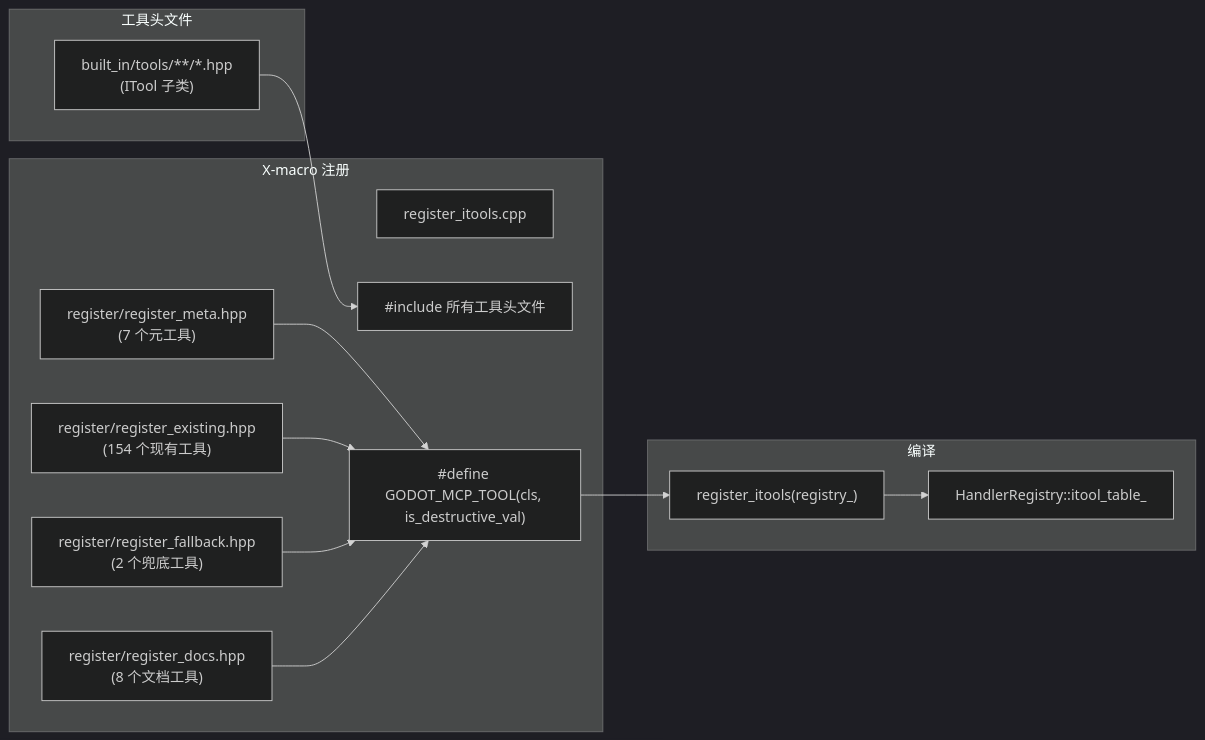
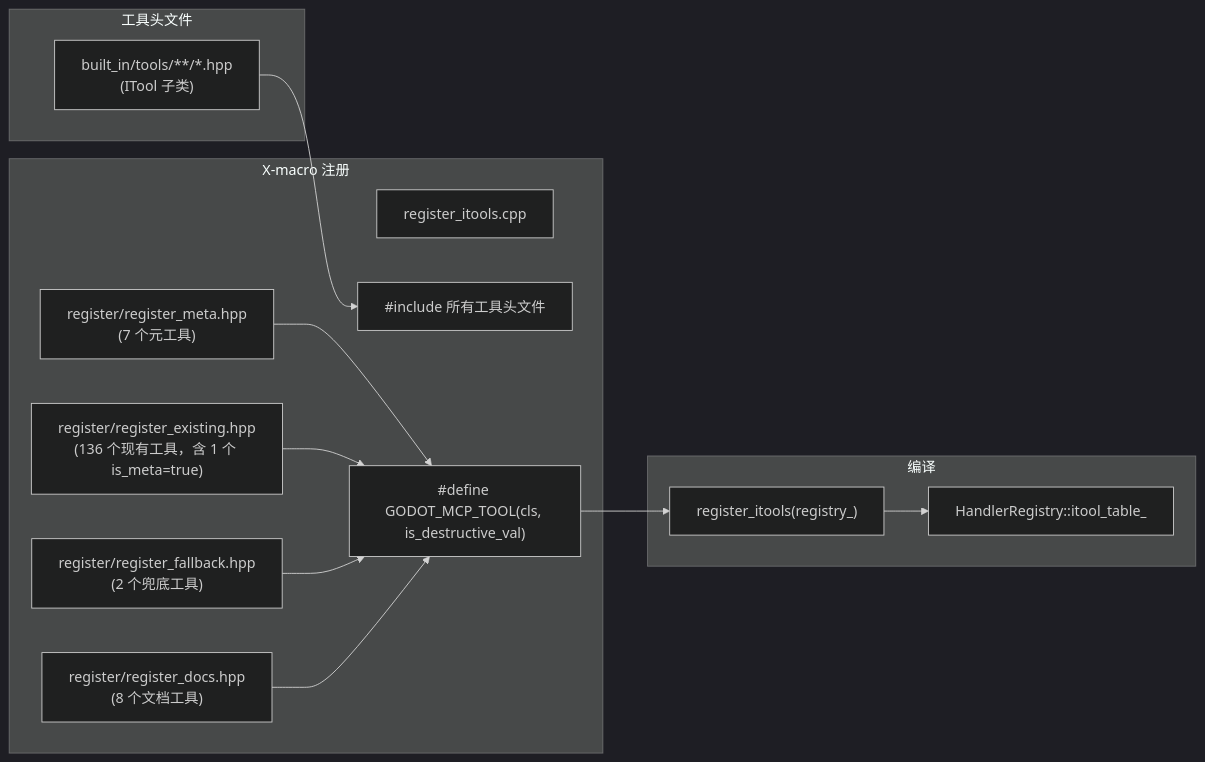
One commit to jesspig/GodotMCP-GDExtension changed the first of 2 diagrams in .repo_wiki/modules/x-macro-registration.md. Above: the diagram before and after it, drawn with Mermaid (dark theme). The commit also changed other lines of this file and 10 other files, not shown here.

````diff
--- a/.repo_wiki/modules/x-macro-registration.md
+++ b/.repo_wiki/modules/x-macro-registration.md
@@ -7,26 +7,26 @@
 ```mermaid
 flowchart LR
     subgraph Headers["工具头文件"]
         HPP["built_in/tools/**/*.hpp<br/>(ITool 子类)"]
     end
     subgraph XMacro["X-macro 注册"]
         REGCPP["register_itools.cpp"]
         INCLUDE["#include 所有工具头文件"]
         MACRO["#define GODOT_MCP_TOOL(cls, is_destructive_val)"]
         REGMETA["register/register_meta.hpp<br/>(7 个元工具)"]
-        REGEXIST["register/register_existing.hpp<br/>(154 个现有工具)"]
+        REGEXIST["register/register_existing.hpp<br/>(136 个现有工具，含 1 个 is_meta=true)"]
         REGFALL["register/register_fallback.hpp<br/>(2 个兜底工具)"]
         REGDOCS["register/register_docs.hpp<br/>(8 个文档工具)"]
     end
     subgraph Compile["编译"]
         CALL["register_itools(registry_)"]
         ITBL["HandlerRegistry::itool_table_"]
     end
     HPP --> INCLUDE
     REGMETA --> MACRO
     REGEXIST --> MACRO
     REGFALL --> MACRO
     REGDOCS --> MACRO
     MACRO --> CALL
     CALL --> ITBL
 ```
````
